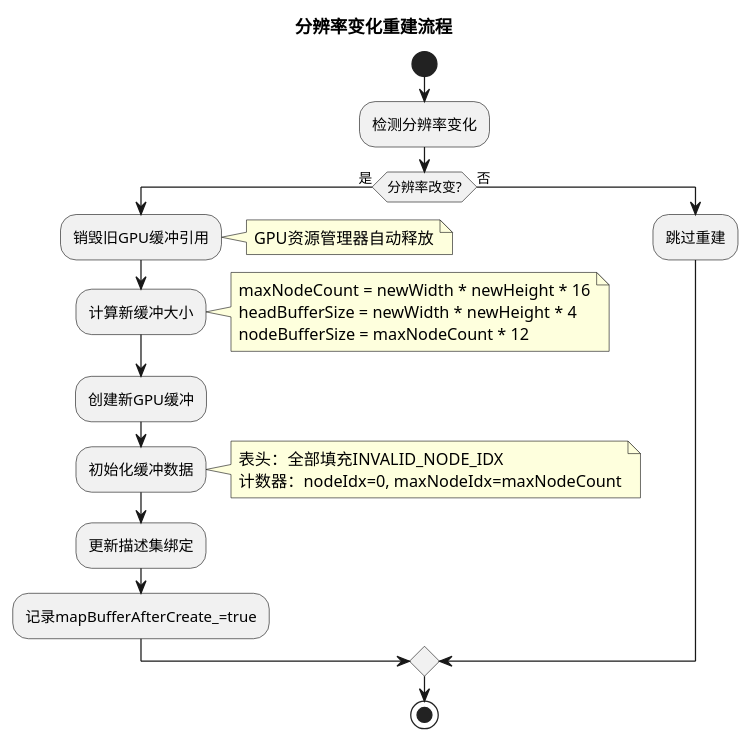
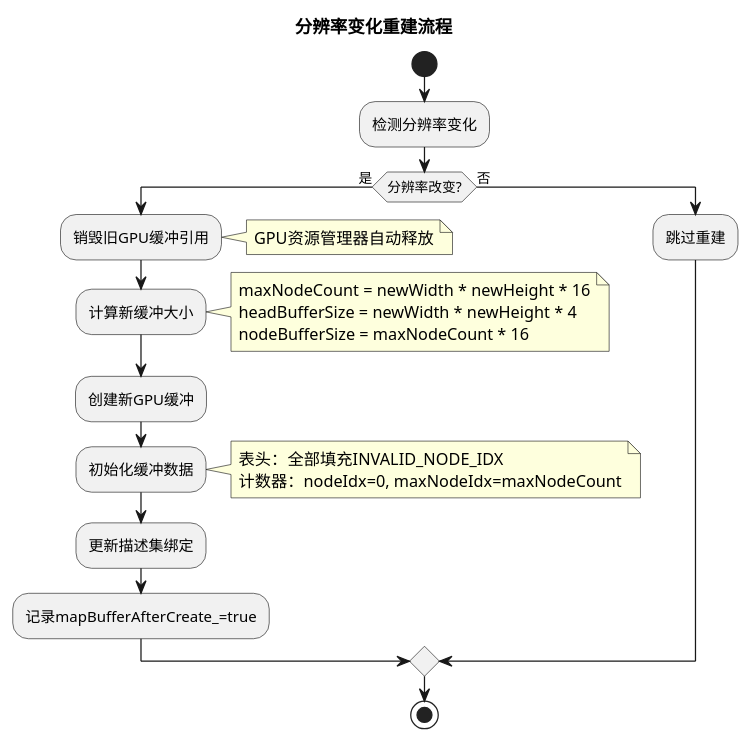
One commit to Wendy-Yang-89/bluezone changed the eighth of 9 diagrams in OIT Doc/oit_detailed_design.md. Above: the diagram before and after it, drawn with PlantUML. The commit also changed other lines of this file and 9 other files, not shown here.

````diff
--- a/OIT Doc/oit_detailed_design.md
+++ b/OIT Doc/oit_detailed_design.md
@@ -3429,30 +3364,30 @@
 ```plantuml
 @startuml
 title 分辨率变化重建流程
 
 start
 :检测分辨率变化;
 if (分辨率改变?) then (是)
     :销毁旧GPU缓冲引用;
     note right: GPU资源管理器自动释放
     :计算新缓冲大小;
     note right
         maxNodeCount = newWidth * newHeight * 16
         headBufferSize = newWidth * newHeight * 4
-        nodeBufferSize = maxNodeCount * 12
+        nodeBufferSize = maxNodeCount * 16
     end note
     :创建新GPU缓冲;
     :初始化缓冲数据;
     note right
         表头：全部填充INVALID_NODE_IDX
         计数器：nodeIdx=0, maxNodeIdx=maxNodeCount
     end note
     :更新描述集绑定;
     :记录mapBufferAfterCreate_=true;
 else (否)
     :跳过重建;
 endif
 stop
 
 @enduml
 ```
````
